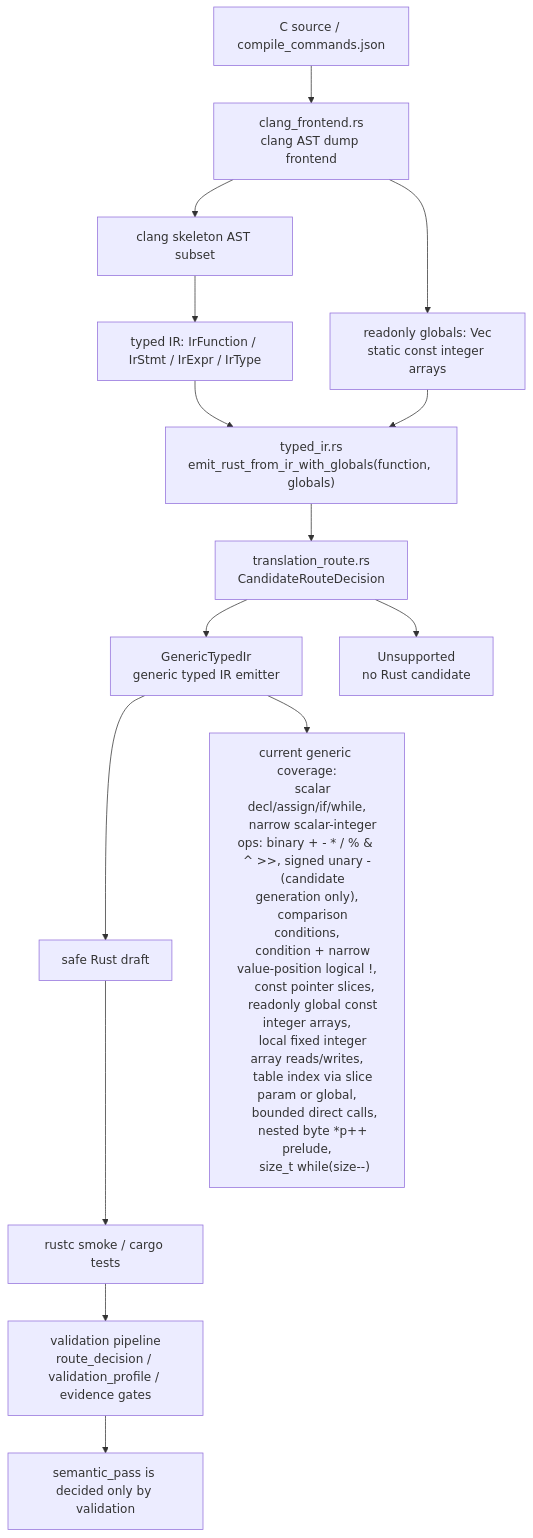
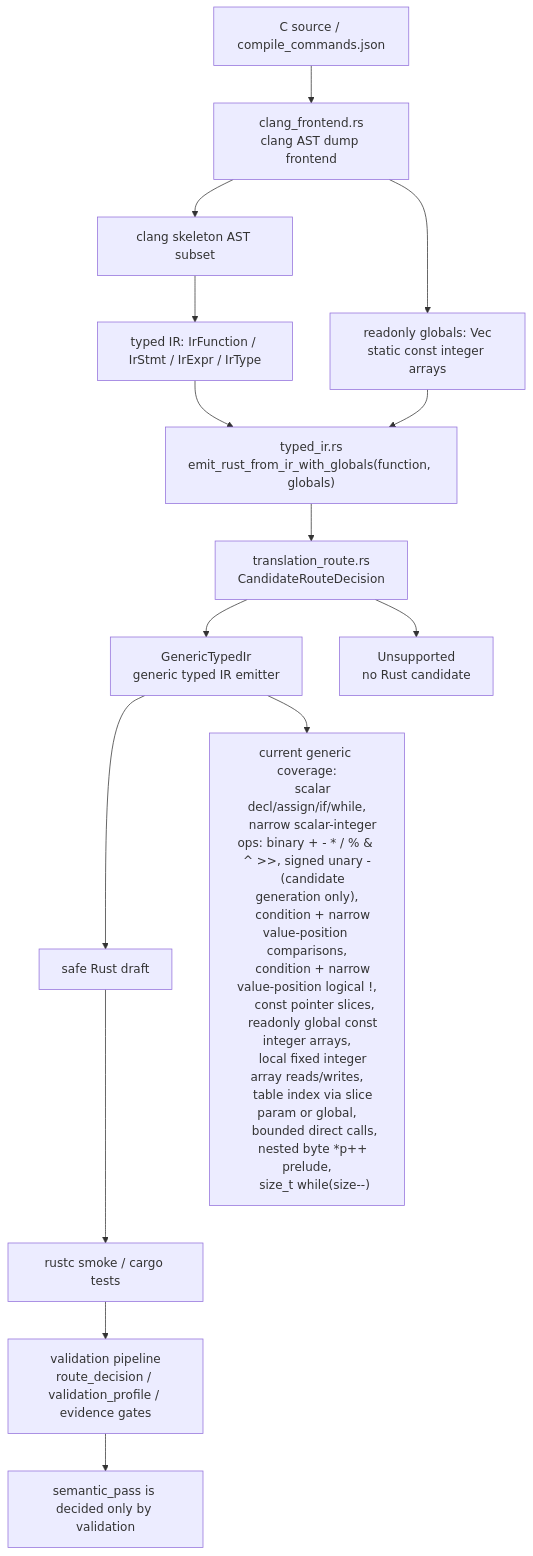
The diagram in docs/c2rust-migration-agent/core-translation-architecture.en.md (guoqihan342-svg/c-to-rust), drawn with Mermaid before and after one commit. The commit also changed other lines of this file and 9 other files, not shown here.

Commit message:
Support value comparison typed IR lowering

````diff
--- a/docs/c2rust-migration-agent/core-translation-architecture.en.md
+++ b/docs/c2rust-migration-agent/core-translation-architecture.en.md
@@ -7,30 +7,30 @@
 ```mermaid
 flowchart TD
     C["C source / compile_commands.json"] --> Clang["clang_frontend.rs<br/>clang AST dump frontend"]
     Clang --> Skeleton["clang skeleton AST subset"]
     Skeleton --> IR["typed IR: IrFunction / IrStmt / IrExpr / IrType"]
     Clang --> Globals["readonly globals: Vec<IrGlobal><br/>static const integer arrays"]
     IR --> EmitCtx["typed_ir.rs<br/>emit_rust_from_ir_with_globals(function, globals)"]
     Globals --> EmitCtx
     EmitCtx --> RouteMeta["translation_route.rs<br/>CandidateRouteDecision"]
     RouteMeta --> Generic["GenericTypedIr<br/>generic typed IR emitter"]
     RouteMeta --> Unsupported["Unsupported<br/>no Rust candidate"]
     Generic --> Rust["safe Rust draft"]
     Rust --> Rustc["rustc smoke / cargo tests"]
     Rustc --> Validation["validation pipeline<br/>route_decision / validation_profile / evidence gates"]
 
     Generic --> Supported["current generic coverage:
     scalar decl/assign/if/while,
     narrow scalar-integer ops: binary + - * / % & ^ >>, signed unary -
     (candidate generation only),
-    comparison conditions,
+    condition + narrow value-position comparisons,
     condition + narrow value-position logical !,
     const pointer slices,
     readonly global const integer arrays,
     local fixed integer array reads/writes,
     table index via slice param or global,
     bounded direct calls,
     nested byte *p++ prelude,
     size_t while(size--)"]
     Validation --> Semantic["semantic_pass is decided only by validation"]
 ```
````
